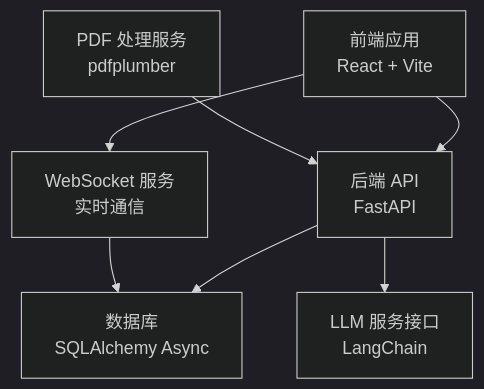
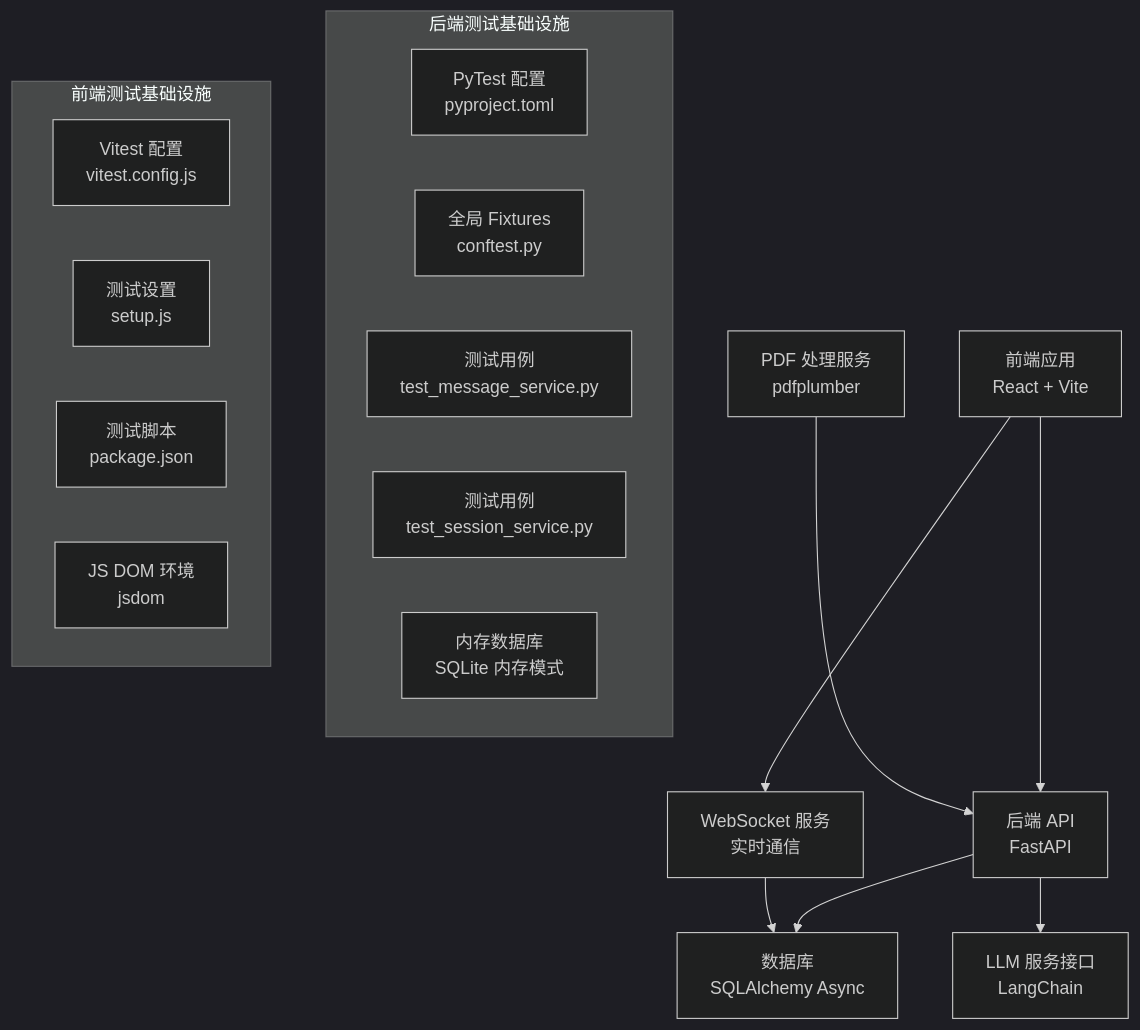
Before and after one commit to laohanhahaha/PaperChat: the first of 3 diagrams in .qoder/repowiki/zh/content/开发指南/测试策略与质量保证.md, drawn with Mermaid (dark theme). The commit also changed other lines of this file and 8 other files, not shown here.

````diff
--- a/.qoder/repowiki/zh/content/开发指南/测试策略与质量保证.md
+++ b/.qoder/repowiki/zh/content/开发指南/测试策略与质量保证.md
@@ -40,9 +53,22 @@
 ```mermaid
 graph TB
+subgraph "后端测试基础设施"
+A["PyTest 配置<br/>pyproject.toml"]
+B["全局 Fixtures<br/>conftest.py"]
+C["测试用例<br/>test_message_service.py"]
+D["测试用例<br/>test_session_service.py"]
+E["内存数据库<br/>SQLite 内存模式"]
+end
+subgraph "前端测试基础设施"
+F["Vitest 配置<br/>vitest.config.js"]
+G["测试设置<br/>setup.js"]
+H["测试脚本<br/>package.json"]
+I["JS DOM 环境<br/>jsdom"]
+end
 FE["前端应用<br/>React + Vite"] --> API["后端 API<br/>FastAPI"]
 FE --> WS["WebSocket 服务<br/>实时通信"]
 API --> DB["数据库<br/>SQLAlchemy Async"]
 WS --> DB
 API --> LLM["LLM 服务接口<br/>LangChain"]
 PDF["PDF 处理服务<br/>pdfplumber"] --> API
 ```
````
